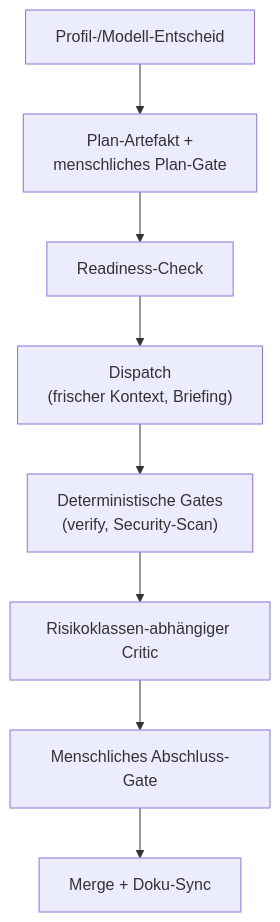
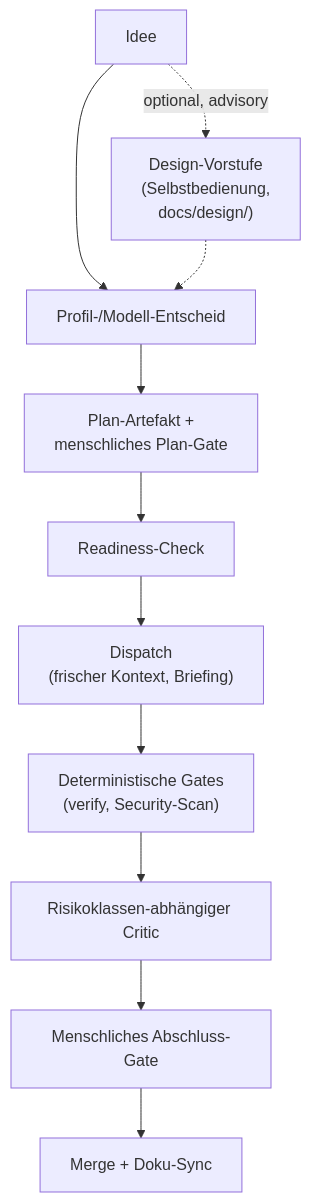
Before and after one commit to agent-pipe-shared/agent-pipeline: the fourth of 4 diagrams in README.md, drawn with Mermaid. The commit also changed other lines of this file and 8 other files, not shown here.

First line of the commit message:
docs: optional design pre-stage (advisory) + self-service design guide

````diff
--- a/README.md
+++ b/README.md
@@ -276,10 +302,13 @@
 ```mermaid
 flowchart TD
+    ID["Idee"] --> P
+    ID -.->|"optional, advisory"| DS["Design-Vorstufe<br/>(Selbstbedienung,<br/>docs/design/)"]
+    DS -.-> P
     P["Profil-/Modell-Entscheid"] --> PL["Plan-Artefakt +<br/>menschliches Plan-Gate"]
     PL --> R["Readiness-Check"]
     R --> D["Dispatch<br/>(frischer Kontext, Briefing)"]
     D --> G["Deterministische Gates<br/>(verify, Security-Scan)"]
     G --> C["Risikoklassen-abhängiger Critic"]
     C --> H["Menschliches Abschluss-Gate"]
     H --> M["Merge + Doku-Sync"]
 ```
````
